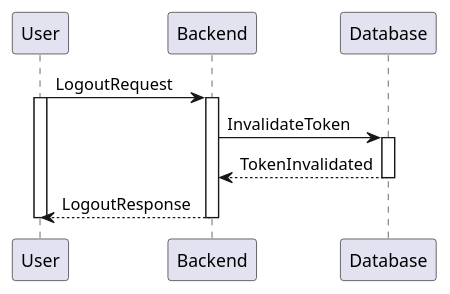
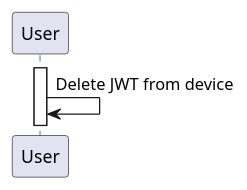
Before and after one commit to jadwalapp/symmetrical-spoon: the fourth of 15 diagrams in docs/diagrams/sequence-diagrams/all-sequence-diagrams.puml, drawn with PlantUML.

Commit message:
finish logout

```diff
--- a/docs/diagrams/sequence-diagrams/all-sequence-diagrams.puml
+++ b/docs/diagrams/sequence-diagrams/all-sequence-diagrams.puml
@@ -91,10 +91,6 @@
 @startuml Log out
-User -> Backend ++ : LogoutRequest
 activate User
 
-Backend -> Database ++ : InvalidateToken
-Database --> Backend -- : TokenInvalidated
+User -> User : Delete JWT from device
 
-Backend --> User -- : LogoutResponse
-deactivate User
 @enduml
```
